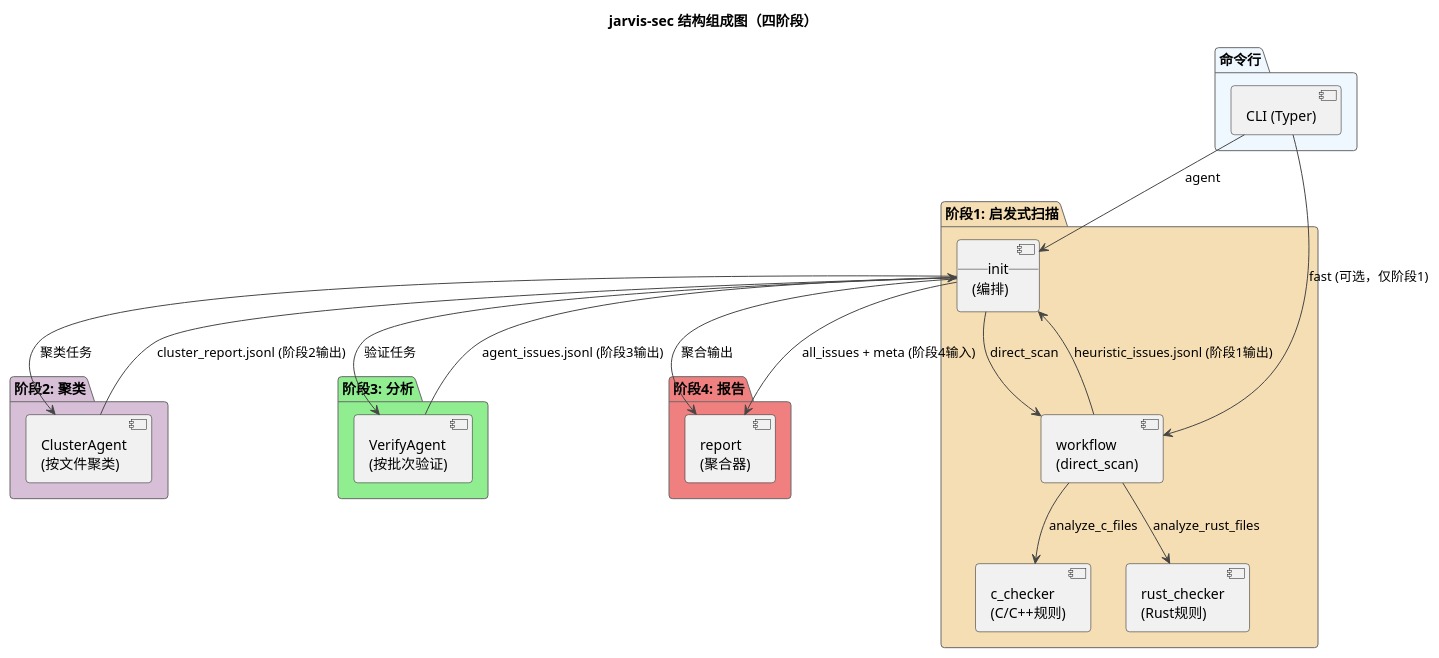
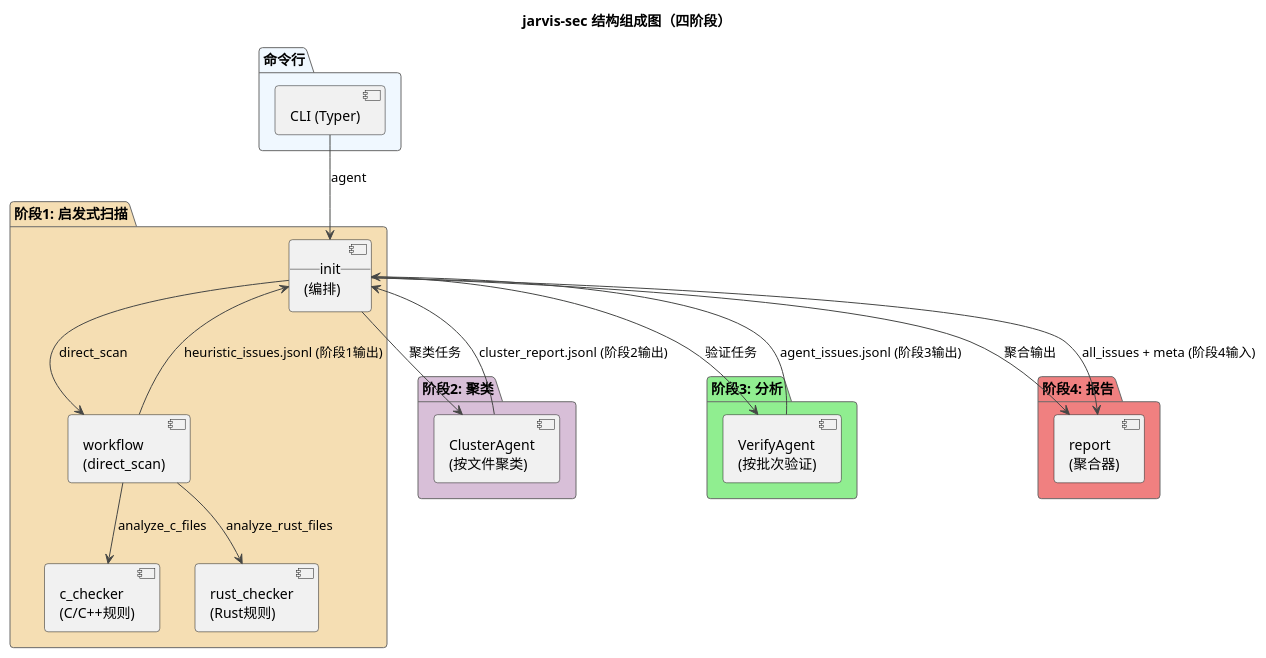
Diagram 32 of 60 in 技术报告.md (skyfireitdiy/Jarvis), drawn with PlantUML before and after one commit. The commit also changed other lines of this file, not shown here.

````diff
--- a/技术报告.md
+++ b/技术报告.md
@@ -2586,53 +2588,52 @@
 ```plantuml
 @startuml
 !theme vibrant
 title jarvis-sec 结构组成图（四阶段）
 
 package "命令行" #AliceBlue {
   component "CLI (Typer)" as CLI
 }
 
 package "阶段1: 启发式扫描" #Wheat {
   component "__init__\n(编排)" as Entry
   component "workflow\n(direct_scan)" as Workflow
   component "c_checker\n(C/C++规则)" as CChecker
   component "rust_checker\n(Rust规则)" as RustChecker
 }
 
 package "阶段2: 聚类" #Thistle {
   component "ClusterAgent\n(按文件聚类)" as Cluster
 }
 
 package "阶段3: 分析" #LightGreen {
   component "VerifyAgent\n(按批次验证)" as Verify
 }
 
 package "阶段4: 报告" #LightCoral {
   component "report\n(聚合器)" as Report
 }
 
 ' CLI orchestrates pipeline
 CLI --> Entry : agent
-CLI --> Workflow : fast (可选，仅阶段1)
 
 ' 阶段1: 启发式扫描
 Entry --> Workflow : direct_scan
 Workflow --> CChecker : analyze_c_files
 Workflow --> RustChecker : analyze_rust_files
 
 ' 阶段2: 聚类
 Entry --> Cluster : 聚类任务
 
 ' 阶段3: 分析
 Entry --> Verify : 验证任务
 
 ' 阶段4: 报告
 Entry --> Report : 聚合输出
 
 ' 数据产物流向（按阶段）
 Workflow --> Entry : heuristic_issues.jsonl (阶段1输出)
 Cluster --> Entry : cluster_report.jsonl (阶段2输出)
 Verify --> Entry : agent_issues.jsonl (阶段3输出)
 Entry --> Report : all_issues + meta (阶段4输入)
 @enduml
 ```
````
